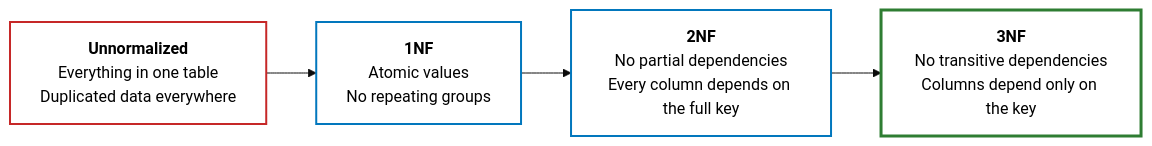
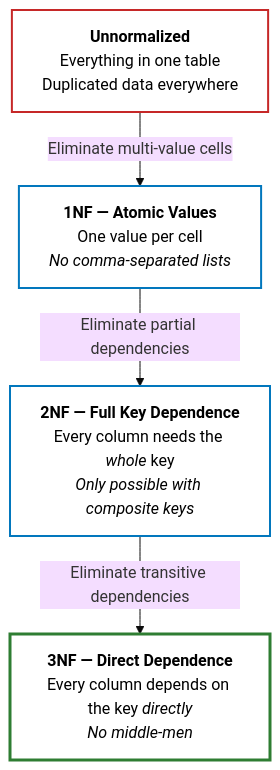
Before and after one commit to b0yu-li/b0yu-li.github.io: the first of 2 diagrams in _posts/2026-03-11-three-normal-forms-explained.md, drawn with Mermaid (base theme). The commit also changed other lines of this file and 1 other file, not shown here.

````diff
--- a/_posts/2026-03-11-three-normal-forms-explained.md
+++ b/_posts/2026-03-11-three-normal-forms-explained.md
@@ -21,15 +25,21 @@
 ```mermaid
-graph LR
+graph TD
     U[<b>Unnormalized</b><br/>Everything in one table<br/>Duplicated data everywhere]
-    --> A[<b>1NF</b><br/>Atomic values<br/>No repeating groups]
-    --> B[<b>2NF</b><br/>No partial dependencies<br/>Every column depends on the full key]
-    --> C[<b>3NF</b><br/>No transitive dependencies<br/>Columns depend only on the key]
+
+    U -->|"Eliminate multi-value cells"| A
+    A[<b>1NF — Atomic Values</b><br/>One value per cell<br/><i>No comma-separated lists</i>]
+
+    A -->|"Eliminate partial dependencies"| B
+    B[<b>2NF — Full Key Dependence</b><br/>Every column needs the <i>whole</i> key<br/><i>Only possible with composite keys</i>]
+
+    B -->|"Eliminate transitive dependencies"| C
+    C[<b>3NF — Direct Dependence</b><br/>Every column depends on the key <i>directly</i><br/><i>No middle-men</i>]
 
     classDef bad fill:#fff,stroke:#c62828,stroke-width:2px,color:#000;
     classDef step fill:#fff,stroke:#0277bd,stroke-width:2px,color:#000;
     classDef good fill:#fff,stroke:#2e7d32,stroke-width:3px,color:#000;
 
     class U bad;
     class A,B step;
     class C good;
 ```
````
